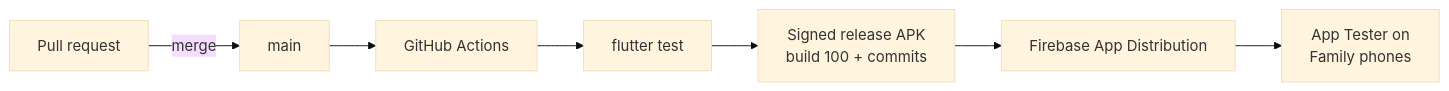
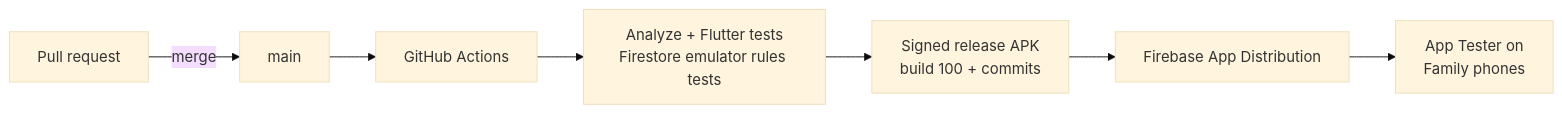
The ninth of 9 diagrams in README.md (siraajul/daur), drawn with Mermaid (base theme) before and after one commit. The commit also changed other lines of this file and 6 other files, not shown here.

````diff
--- a/README.md
+++ b/README.md
@@ -404,9 +413,9 @@
 ```mermaid
 flowchart LR
     pr[Pull request] -->|merge| main[main]
     main --> ci[GitHub Actions]
-    ci --> test[flutter test]
+    ci --> test[Analyze + Flutter tests<br/>Firestore emulator rules tests]
     test --> build[Signed release APK<br/>build 100 + commits]
     build --> dist[Firebase App Distribution]
     dist --> tester[App Tester on<br/>Family phones]
 ```
````
